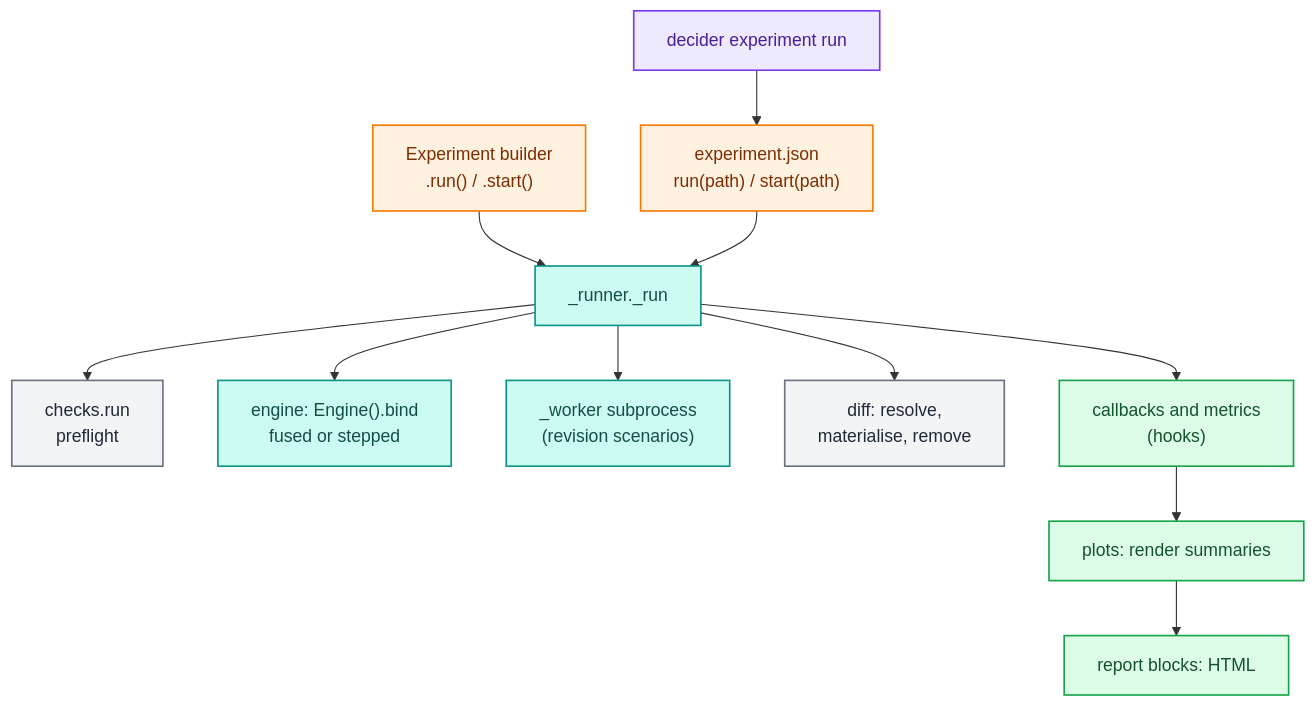
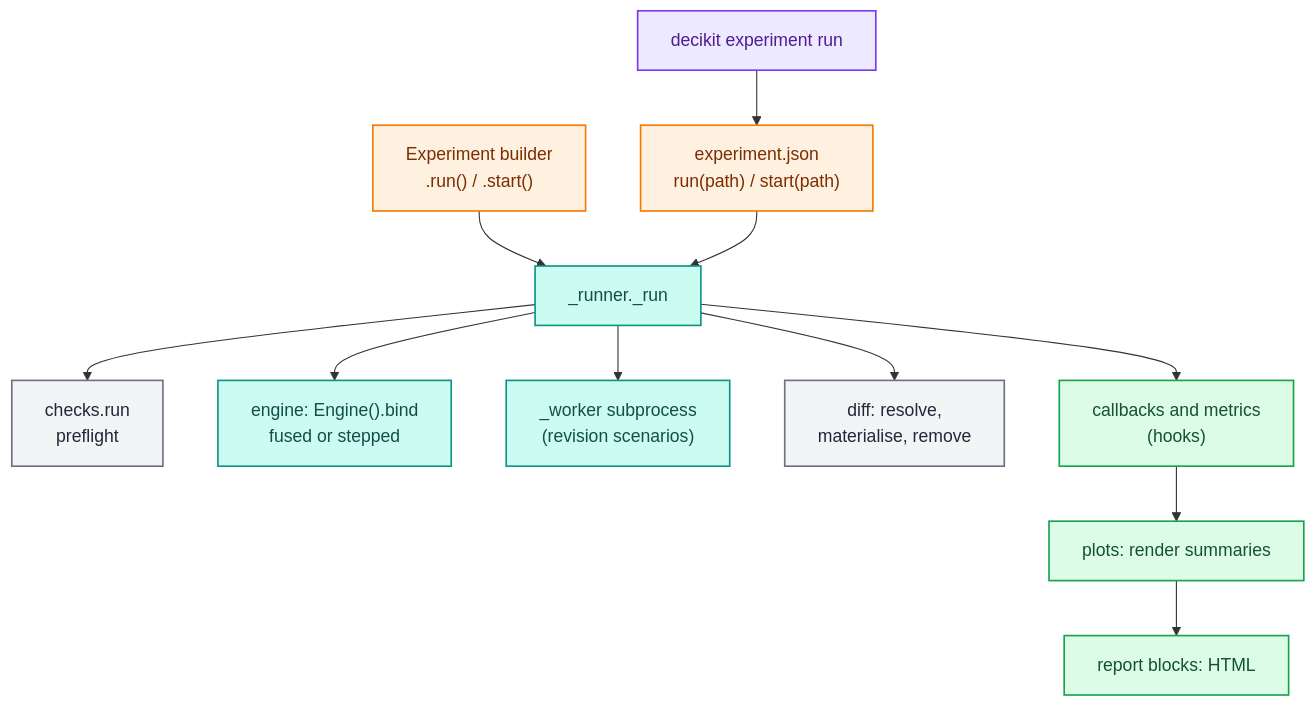
The first of 6 diagrams in docs/architecture/lab/experiments.md (capitec/dsp-decision-engine), drawn with Mermaid before and after one commit. The commit also changed other lines of this file and 1292 other files, not shown here.

Commit message:
rename decider to decikit: package, CLI, DECIKIT_* settings, plugin, extension, docs prose says decider toolkit

````diff
--- a/docs/architecture/lab/experiments.md
+++ b/docs/architecture/lab/experiments.md
@@ -27,23 +27,23 @@
 ```mermaid
 flowchart TD
     B["Experiment builder<br/>.run() / .start()"] --> R
-    CLI["decider experiment run"] --> J
+    CLI["decikit experiment run"] --> J
     J["experiment.json<br/>run(path) / start(path)"] --> R
     R["_runner._run"] --> K["checks.run<br/>preflight"]
     R --> E["engine: Engine().bind<br/>fused or stepped"]
     R --> W["_worker subprocess<br/>(revision scenarios)"]
     R --> D["diff: resolve,<br/>materialise, remove"]
     R --> CB["callbacks and metrics<br/>(hooks)"]
     CB --> P["plots: render summaries"]
     P --> BL["report blocks: HTML"]
     classDef auth fill:#fff1e0,stroke:#f57c00,color:#7c2d00,stroke-width:1.5px;
     classDef engine fill:#ccfbf1,stroke:#0d9488,color:#134e4a,stroke-width:1.5px;
     classDef tooling fill:#ede9fe,stroke:#7c3aed,color:#4c1d95,stroke-width:1.5px;
     classDef data fill:#dcfce7,stroke:#16a34a,color:#14532d,stroke-width:1.5px;
     classDef neutral fill:#f3f4f6,stroke:#6b7280,color:#1f2937,stroke-width:1.5px;
     class B,J auth;
     class CLI tooling;
     class R,E,W engine;
     class P,BL,CB data;
     class D,K neutral;
 ```
````
